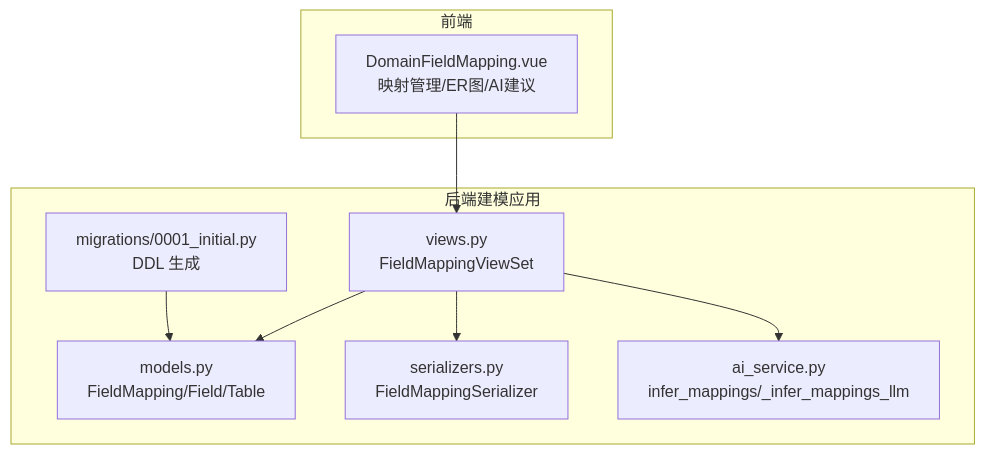
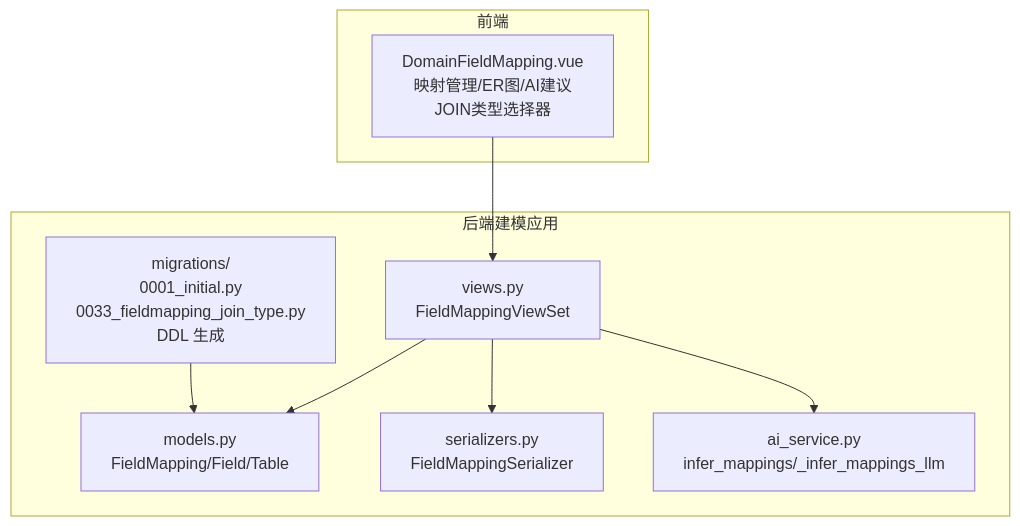
Before and after one commit to zyp-coder/Metadata: the first of 6 diagrams in .qoder/repowiki/zh/content/架构设计/数据架构/数据库设计/核心实体模型/字段映射模型.md, drawn with Mermaid. The commit also changed other lines of this file and 39 other files, not shown here.

````diff
--- a/.qoder/repowiki/zh/content/架构设计/数据架构/数据库设计/核心实体模型/字段映射模型.md
+++ b/.qoder/repowiki/zh/content/架构设计/数据架构/数据库设计/核心实体模型/字段映射模型.md
@@ -37,18 +47,18 @@
 ```mermaid
 graph TB
 subgraph "后端建模应用"
 M["models.py<br/>FieldMapping/Field/Table"]
 S["serializers.py<br/>FieldMappingSerializer"]
 V["views.py<br/>FieldMappingViewSet"]
 A["ai_service.py<br/>infer_mappings/_infer_mappings_llm"]
-G["migrations/0001_initial.py<br/>DDL 生成"]
+G["migrations/<br/>0001_initial.py<br/>0033_fieldmapping_join_type.py<br/>DDL 生成"]
 end
 subgraph "前端"
-F["DomainFieldMapping.vue<br/>映射管理/ER图/AI建议"]
+F["DomainFieldMapping.vue<br/>映射管理/ER图/AI建议<br/>JOIN类型选择器"]
 end
 F --> V
 V --> M
 V --> S
 V --> A
 G --> M
 ```
````
